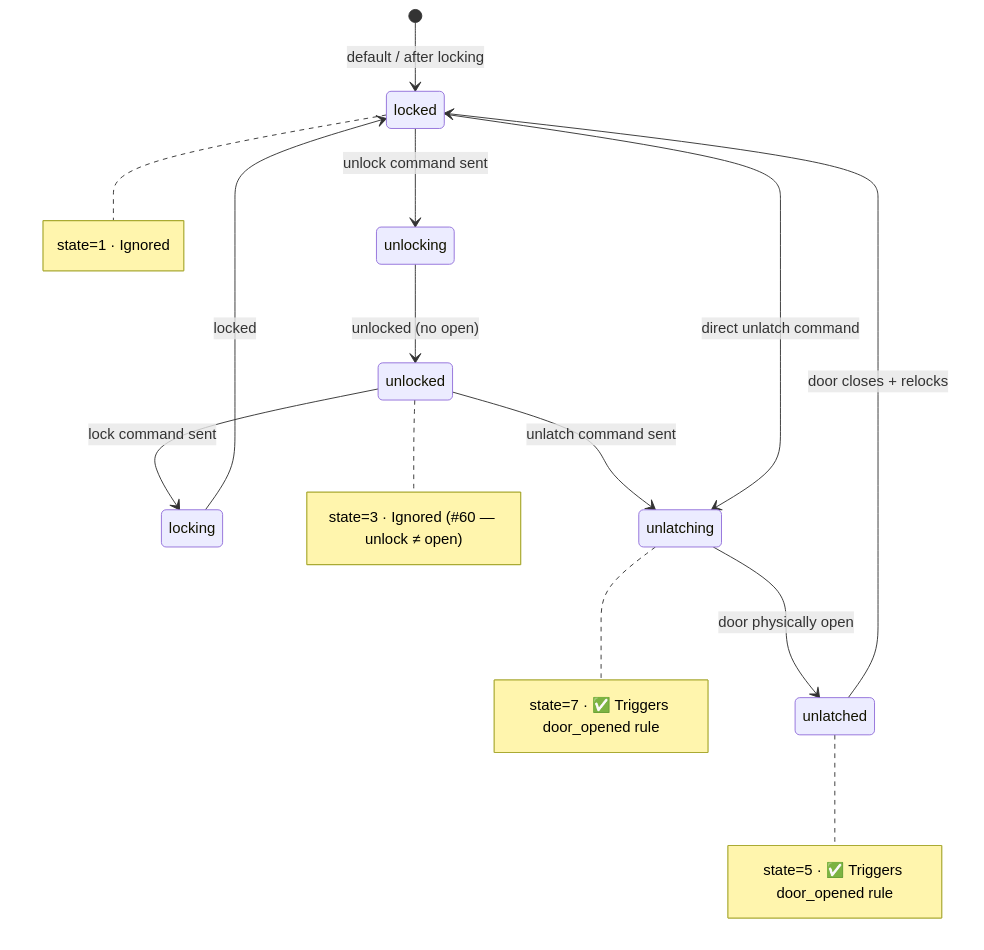
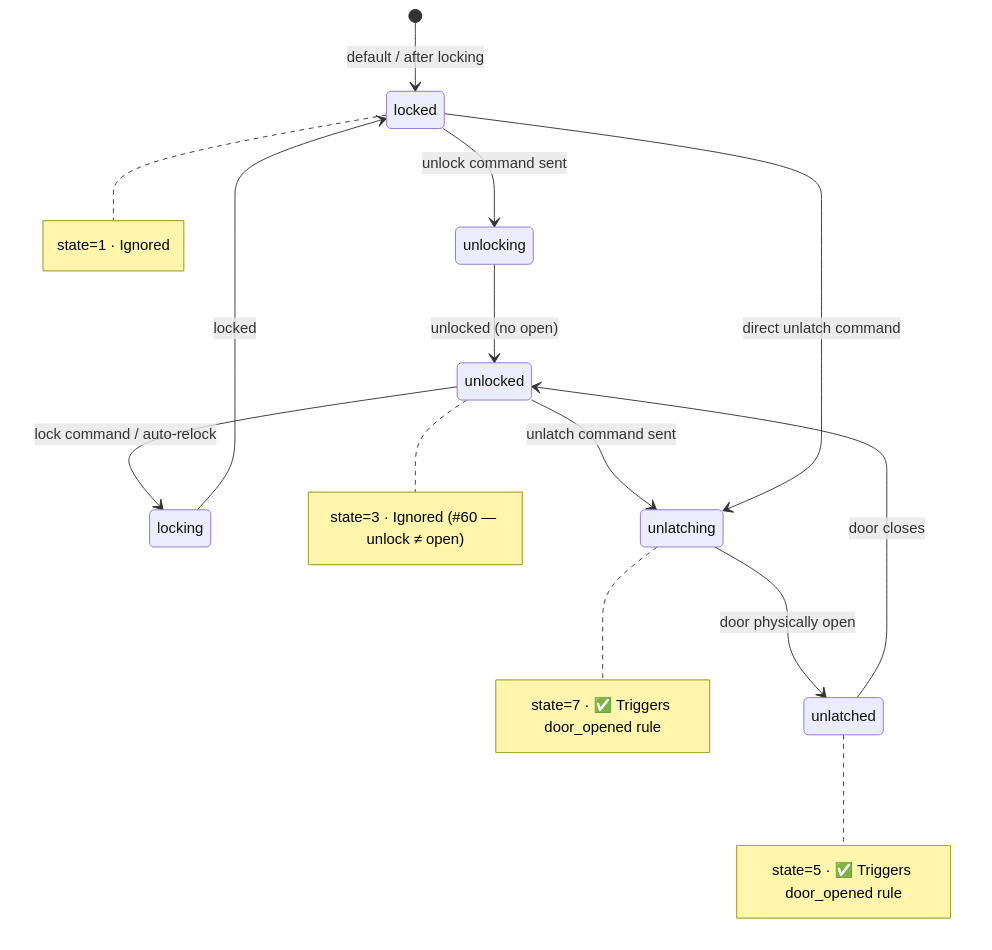
Before and after one commit to nicdobler/NukiBlinker: the second of 2 diagrams in specs/product-spec.md, drawn with Mermaid.

Commit message:
docs(specs): fix Smart Lock state diagram — unlatched→unlocked→locking→locked

````diff
--- a/specs/product-spec.md
+++ b/specs/product-spec.md
@@ -105,26 +105,26 @@
 ```mermaid
 stateDiagram-v2
     [*] --> locked : default / after locking
     locked --> unlocking : unlock command sent
     unlocking --> unlocked : unlocked (no open)
-    unlocked --> locking : lock command sent
+    unlocked --> locking : lock command / auto-relock
     locking --> locked : locked
 
     unlocked --> unlatching : unlatch command sent
     locked --> unlatching : direct unlatch command
     unlatching --> unlatched : door physically open
-    unlatched --> locked : door closes + relocks
+    unlatched --> unlocked : door closes
 
     note right of locked
         state=1 · Ignored
     end note
     note right of unlocked
         state=3 · Ignored (#60 — unlock ≠ open)
     end note
     note right of unlatching
         state=7 · ✅ Triggers door_opened rule
     end note
     note right of unlatched
         state=5 · ✅ Triggers door_opened rule
     end note
 ```
````
